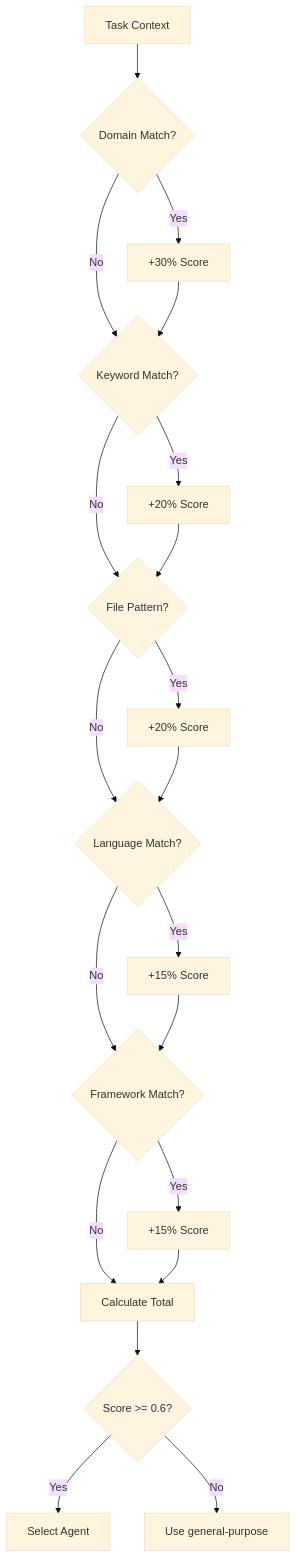
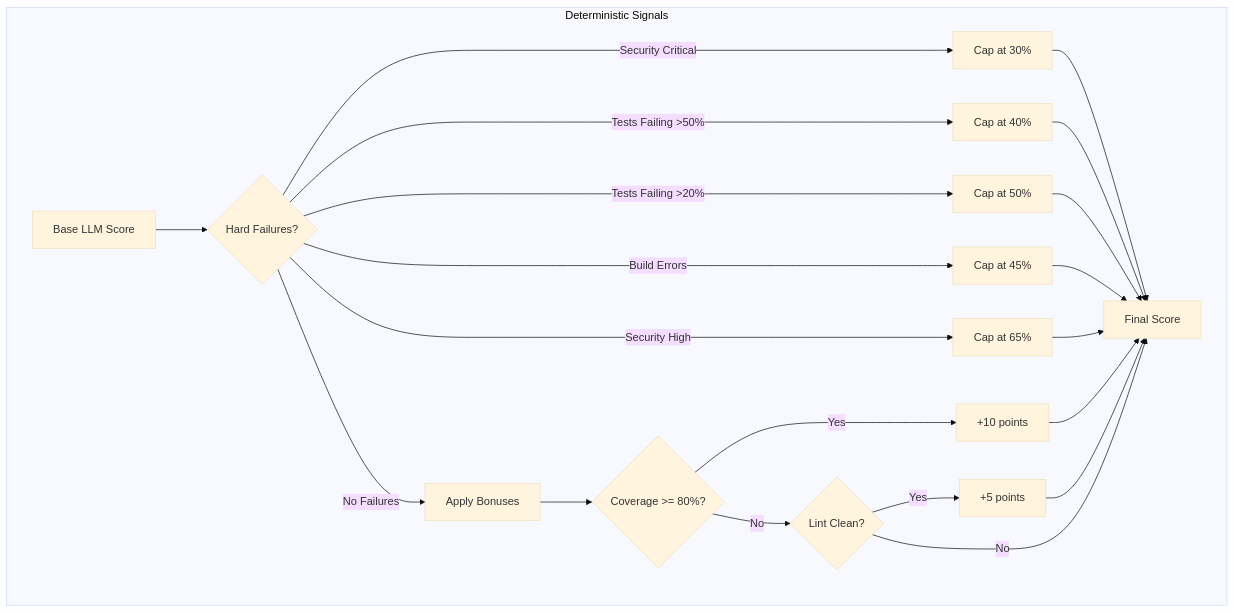
Before and after one commit to Tony363/SuperClaude: the fifth of 15 diagrams in README.md, drawn with Mermaid (base theme). The commit also changed other lines of this file, not shown here.

````diff
--- a/README.md
+++ b/README.md
@@ -281,28 +293,28 @@
 ```mermaid
-flowchart TB
-    Context[Task Context] --> Domain{Domain Match?}
+graph TB
+    subgraph "Deterministic Signals"
+        Base[Base LLM Score] --> Check{Hard Failures?}
 
-    Domain -->|Yes| DomainScore[+30% Score]
-    Domain -->|No| Keyword{Keyword Match?}
+        Check -->|Security Critical| Cap30[Cap at 30%]
+        Check -->|Tests Failing >50%| Cap40[Cap at 40%]
+        Check -->|Tests Failing >20%| Cap50[Cap at 50%]
+        Check -->|Build Errors| Cap45[Cap at 45%]
+        Check -->|Security High| Cap65[Cap at 65%]
+        Check -->|No Failures| Bonus[Apply Bonuses]
 
-    DomainScore --> Keyword
-    Keyword -->|Yes| KeywordScore[+20% Score]
-    Keyword -->|No| FilePattern{File Pattern?}
+        Bonus --> Coverage{Coverage >= 80%?}
+        Coverage -->|Yes| Add10[+10 points]
+        Coverage -->|No| Lint{Lint Clean?}
 
-    KeywordScore --> FilePattern
-    FilePattern -->|Yes| PatternScore[+20% Score]
-    FilePattern -->|No| Language{Language Match?}
+        Lint -->|Yes| Add5[+5 points]
+        Lint -->|No| Final[Final Score]
 
-    PatternScore --> Language
-    Language -->|Yes| LangScore[+15% Score]
-    Language -->|No| Framework{Framework Match?}
-
-    LangScore --> Framework
-    Framework -->|Yes| FrameScore[+15% Score]
-    Framework -->|No| Calculate[Calculate Total]
-
-    FrameScore --> Calculate
-    Calculate --> Threshold{Score >= 0.6?}
-    Threshold -->|Yes| Select[Select Agent]
-    Threshold -->|No| Default[Use general-purpose]
+        Add10 --> Final
+        Add5 --> Final
+        Cap30 --> Final
+        Cap40 --> Final
+        Cap50 --> Final
+        Cap45 --> Final
+        Cap65 --> Final
+    end
 ```
````
